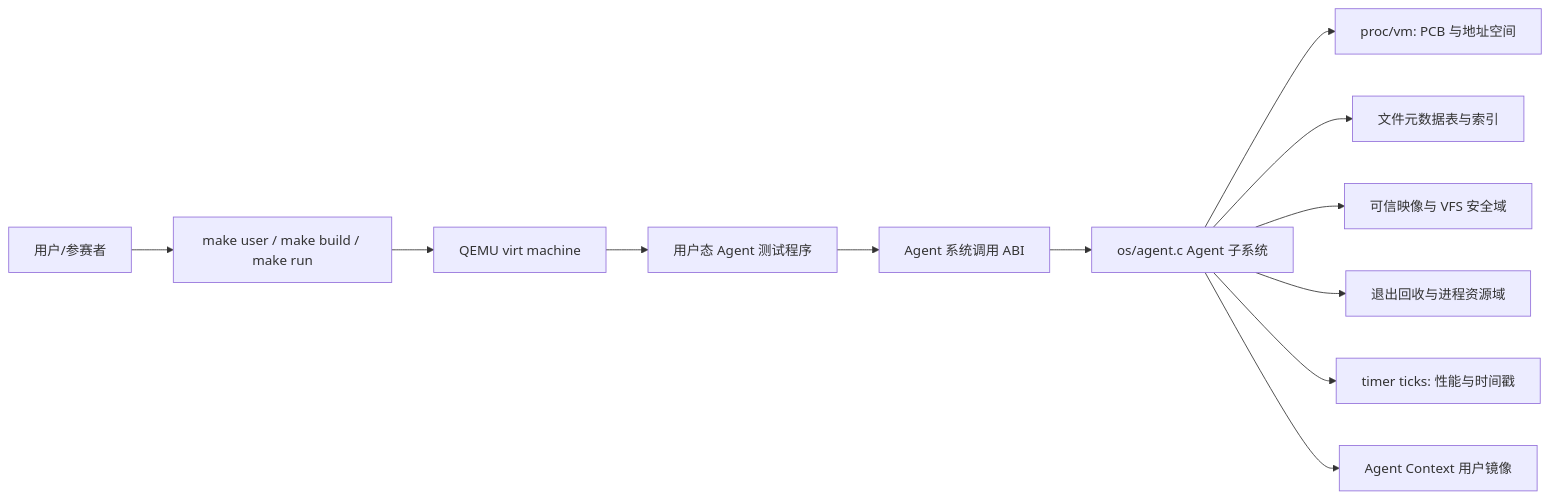
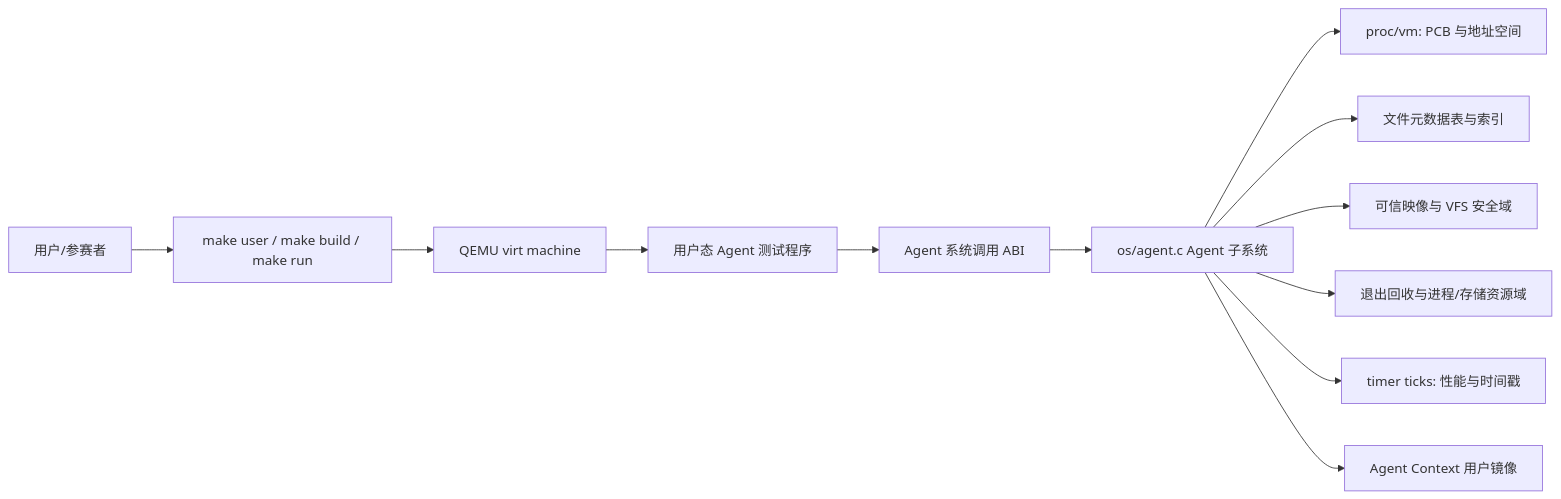
The first of 11 diagrams in docs/agentos/design.md (yushugulao/Agent-OS), drawn with Mermaid before and after one commit. The commit also changed other lines of this file and 28 other files, not shown here.

````diff
--- a/docs/agentos/design.md
+++ b/docs/agentos/design.md
@@ -55,14 +55,14 @@
 ```mermaid
 flowchart LR
     User["用户/参赛者"] --> Build["make user / make build / make run"]
     Build --> QEMU["QEMU virt machine"]
     QEMU --> UserAgent["用户态 Agent 测试程序"]
     UserAgent --> Syscall["Agent 系统调用 ABI"]
     Syscall --> KernelAgent["os/agent.c Agent 子系统"]
     KernelAgent --> Proc["proc/vm: PCB 与地址空间"]
     KernelAgent --> FileMeta["文件元数据表与索引"]
     KernelAgent --> Trust["可信映像与 VFS 安全域"]
-    KernelAgent --> Lifecycle["退出回收与进程资源域"]
+    KernelAgent --> Lifecycle["退出回收与进程/存储资源域"]
     KernelAgent --> Clock["timer ticks: 性能与时间戳"]
     KernelAgent --> Context["Agent Context 用户镜像"]
 ```
````
